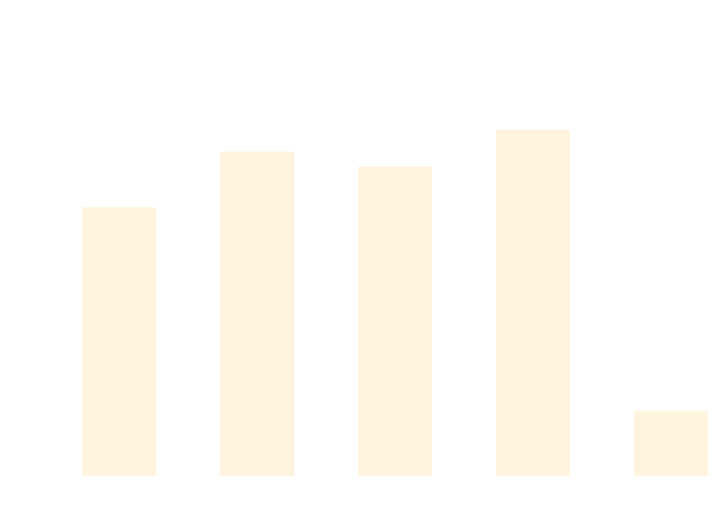
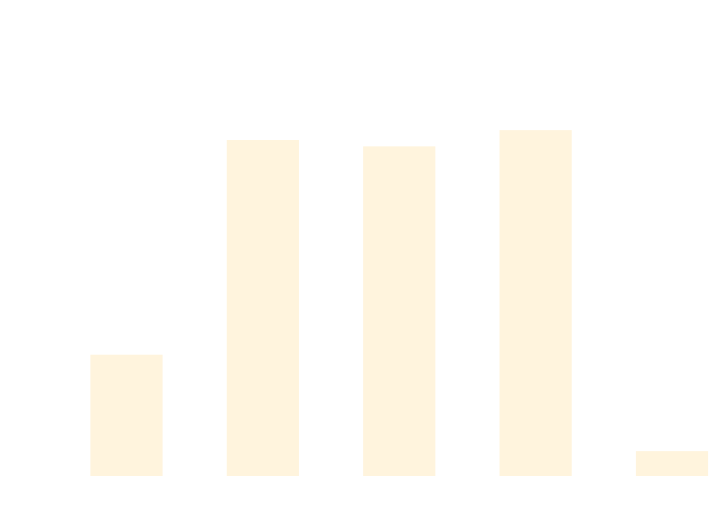
One commit to thomhurst/TUnit changed the diagram in docs/docs/benchmarks/results.md. Above: the diagram before and after it, drawn with Mermaid. The commit also changed other lines of this file and 6 other files, not shown here.

````diff
--- a/docs/docs/benchmarks/results.md
+++ b/docs/docs/benchmarks/results.md
@@ -27,22 +27,22 @@
 ```mermaid
 %%{init: {
   'theme':'base',
   'themeVariables': {
     'primaryColor': '#10b981',
     'primaryTextColor': '#fff',
     'primaryBorderColor': '#059669',
     'lineColor': '#d1d5db',
     'secondaryColor': '#3b82f6',
     'tertiaryColor': '#f59e0b',
     'background': '#ffffff',
     'mainBkg': '#10b981',
     'secondBkg': '#ef4444',
     'tertiaryBkg': '#f59e0b'
   }
 }}%%
 xychart-beta
   title "results Performance Comparison"
   x-axis ["TUnit", "NUnit", "MSTest", "xUnit3", "TUnit_AOT"]
-  y-axis "Time (ms)" 0 --> 886
-  bar [569, 691.2, 658.5, 738.2, 124.2]
+  y-axis "Time (ms)" 0 --> 1925
+  bar [536.11, 1556.59, 1526.36, 1603.59, 77.73]
 ```
````
